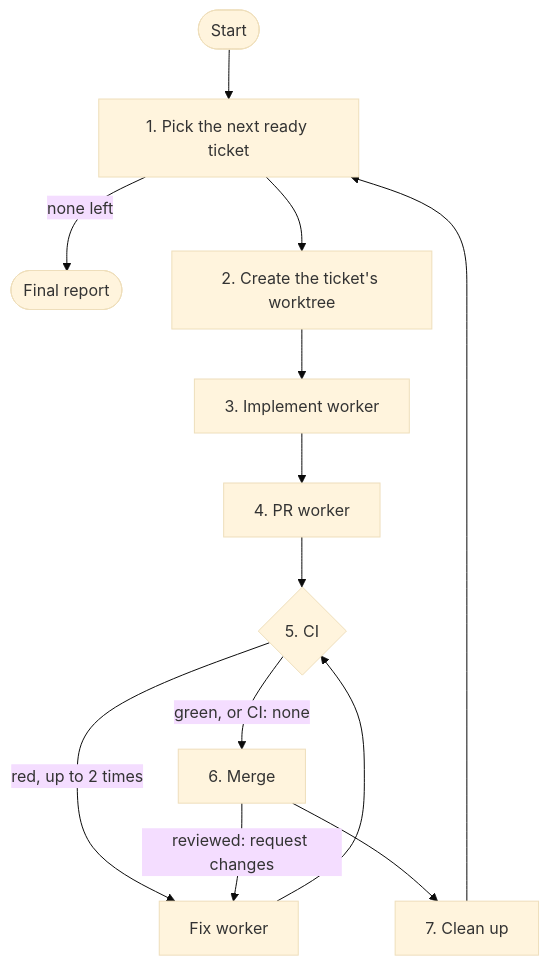
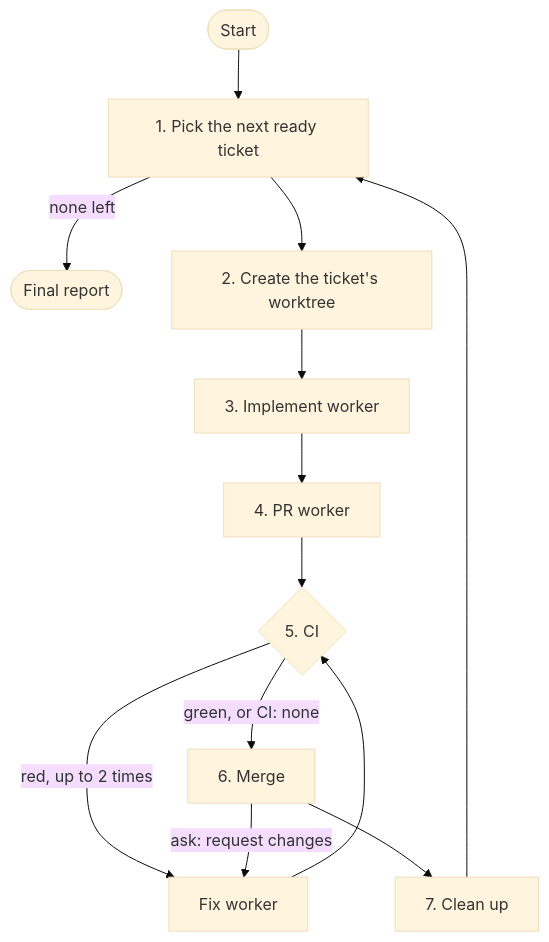
One commit to samfaina/agent-skills changed the diagram in docs/how-it-works.md. Above: the diagram before and after it, drawn with Mermaid (base theme). The commit also changed other lines of this file and 10 other files, not shown here.

````diff
--- a/docs/how-it-works.md
+++ b/docs/how-it-works.md
@@ -14,16 +14,16 @@
 ```mermaid
 flowchart TD
     %% #46; is a dot. Mermaid reads a bare "1. " as a Markdown list and shows "Unsupported markdown: list".
     start([Start]) --> pick[1#46; Pick the next ready ticket]
     pick -->|none left| report([Final report])
     pick --> wt[2#46; Create the ticket's worktree]
     wt --> impl[3#46; Implement worker]
     impl --> pr[4#46; PR worker]
     pr --> ci{5#46; CI}
     ci -->|green, or CI: none| merge[6#46; Merge]
     ci -->|red, up to 2 times| fix[Fix worker]
     fix --> ci
-    merge -->|reviewed: request changes| fix
+    merge -->|ask: request changes| fix
     merge --> clean[7#46; Clean up]
     clean --> pick
 ```
````
